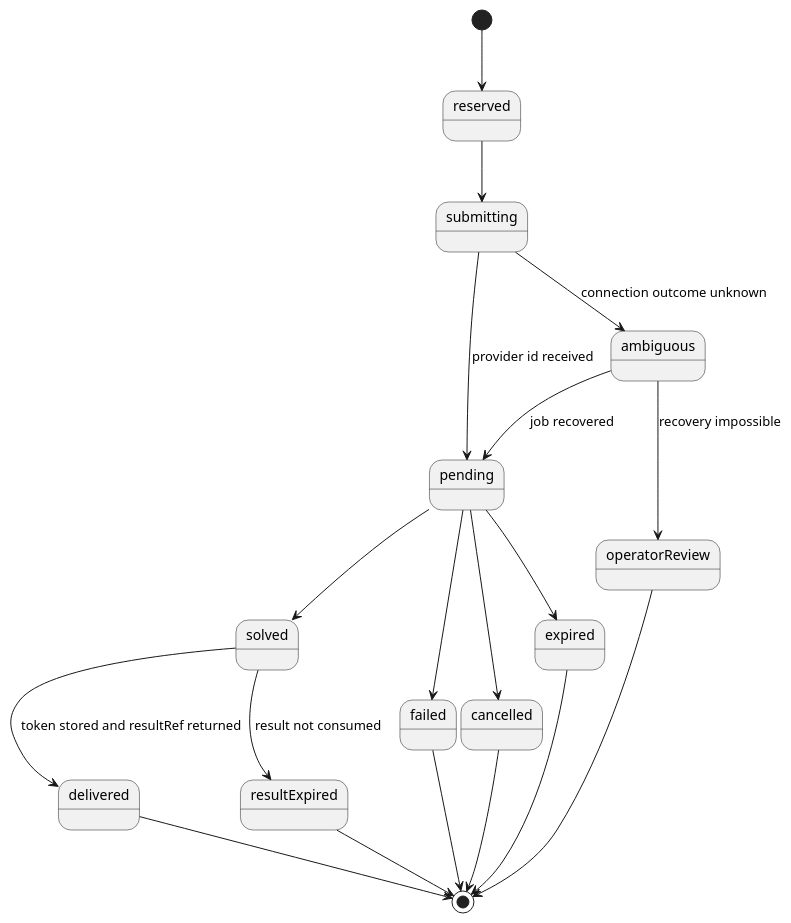
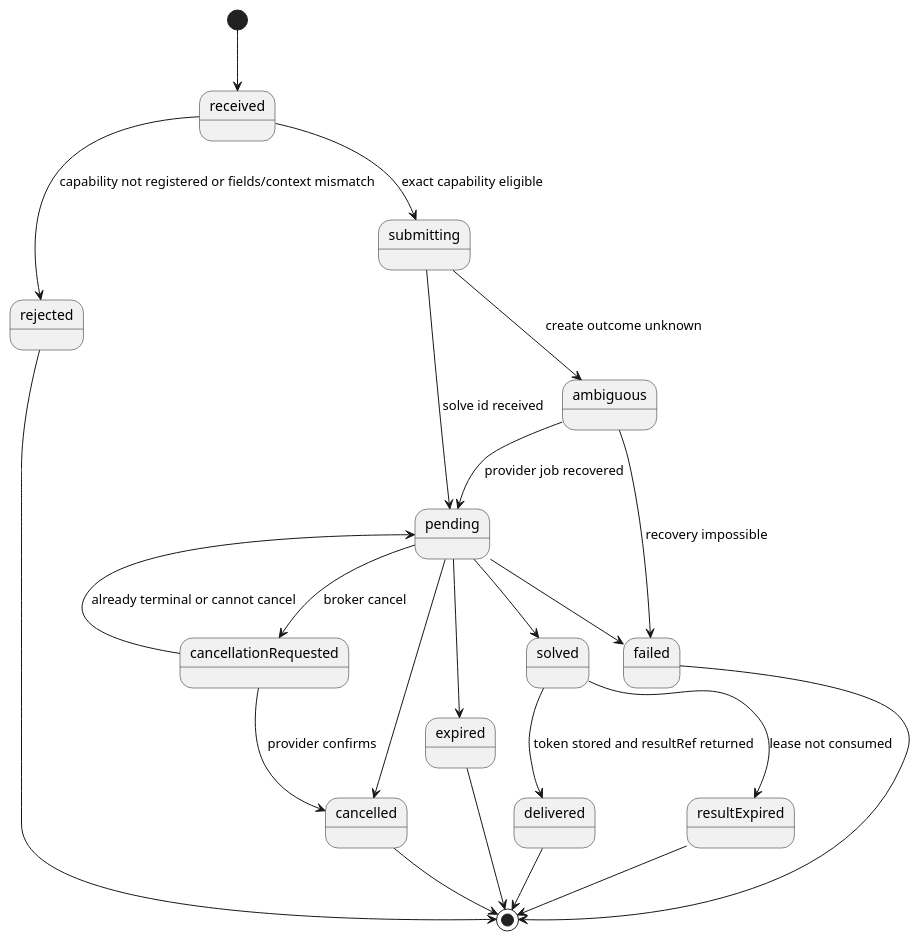
The second of 2 diagrams in roam/design/starintel-pro-actors/STAR-PRO-CAPTCHA-001-nonecap-adapter.org (lost-rob0t/starintel-auto-research), drawn with PlantUML before and after one commit. The commit also changed other lines of this file, not shown here.

```diff
--- a/roam/design/starintel-pro-actors/STAR-PRO-CAPTCHA-001-nonecap-adapter.org
+++ b/roam/design/starintel-pro-actors/STAR-PRO-CAPTCHA-001-nonecap-adapter.org
@@ -101,22 +126,26 @@
 #+begin_src plantuml
 @startuml
-[*] --> reserved
-reserved --> submitting
-submitting --> pending : provider id received
-submitting --> ambiguous : connection outcome unknown
+[*] --> received
+received --> rejected : capability not registered or fields/context mismatch
+received --> submitting : exact capability eligible
+submitting --> pending : solve id received
+submitting --> ambiguous : create outcome unknown
 pending --> solved
 pending --> failed
 pending --> cancelled
 pending --> expired
 solved --> delivered : token stored and resultRef returned
-solved --> resultExpired : result not consumed
-ambiguous --> pending : job recovered
-ambiguous --> operatorReview : recovery impossible
+solved --> resultExpired : lease not consumed
+ambiguous --> pending : provider job recovered
+ambiguous --> failed : recovery impossible
+pending --> cancellationRequested : broker cancel
+cancellationRequested --> cancelled : provider confirms
+cancellationRequested --> pending : already terminal or cannot cancel
+rejected --> [*]
 failed --> [*]
 cancelled --> [*]
 expired --> [*]
 delivered --> [*]
 resultExpired --> [*]
-operatorReview --> [*]
 @enduml
 #+end_src
```
